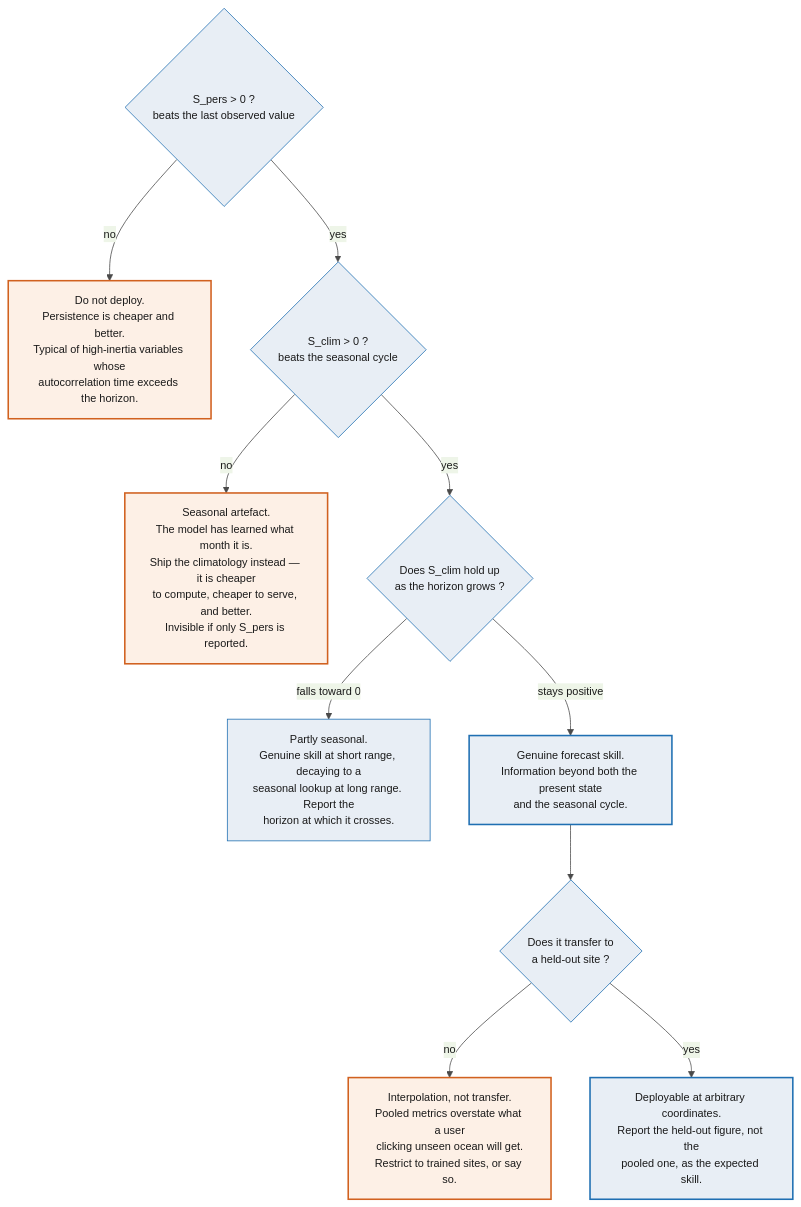
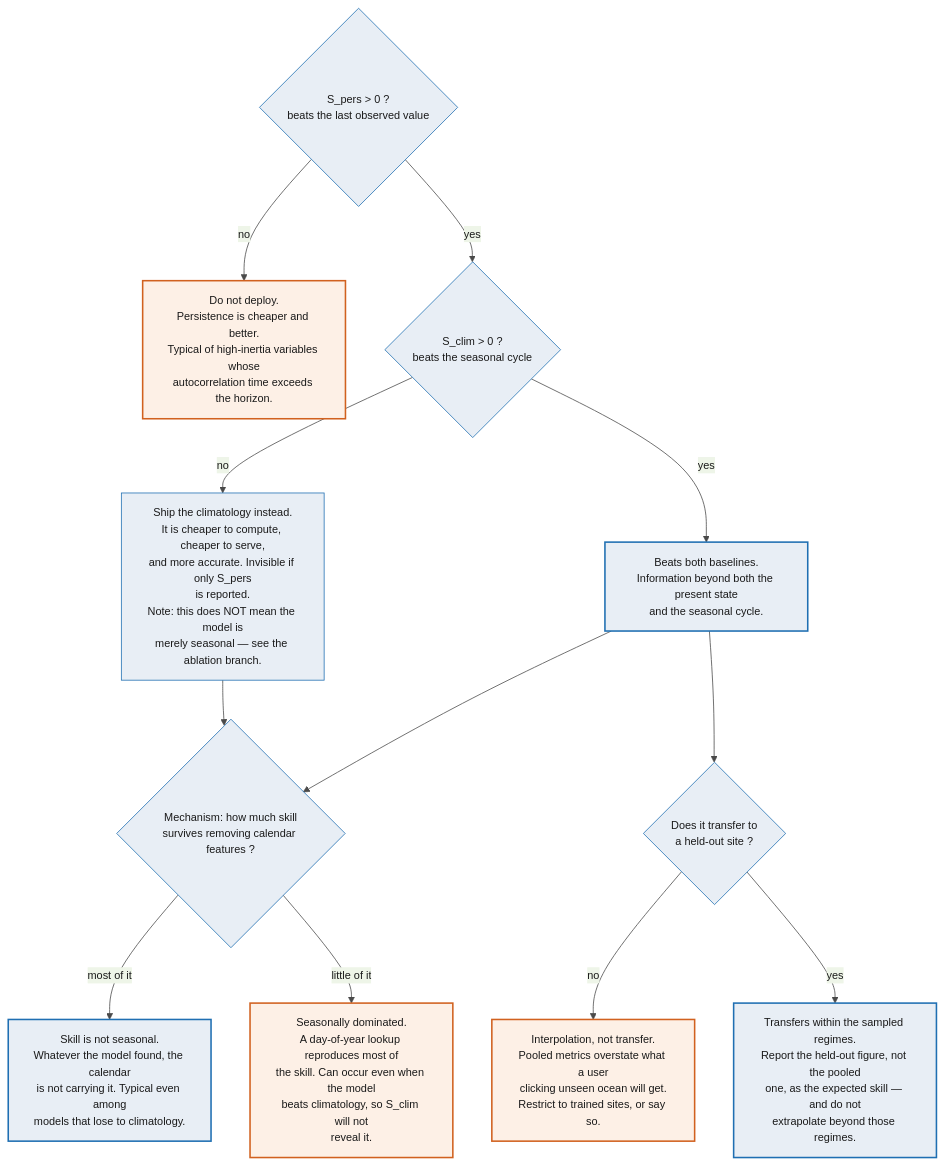
Before and after one commit to VelvetGradient-26/MarisAI: the diagram in research/papers/shared/diagrams/interpretation.mmd, drawn with Mermaid. The commit also changed 29 other files, not shown here.

```diff
--- a/research/papers/shared/diagrams/interpretation.mmd
+++ b/research/papers/shared/diagrams/interpretation.mmd
@@ -1,21 +1,24 @@
 %%{init: {'theme':'base','themeVariables':{'fontFamily':'Helvetica, Arial, sans-serif','fontSize':'14px','primaryColor':'#e8eef5','primaryTextColor':'#1a1a1a','primaryBorderColor':'#1f6fb2','lineColor':'#4a4a4a'}}}%%
 flowchart TB
     Q1{"S_pers > 0 ?<br/>beats the last observed value"}
 
     Q1 -->|no| N1["Do not deploy.<br/>Persistence is cheaper and better.<br/>Typical of high-inertia variables whose<br/>autocorrelation time exceeds the horizon."]
     Q1 -->|yes| Q2{"S_clim > 0 ?<br/>beats the seasonal cycle"}
 
-    Q2 -->|no| N2["Seasonal artefact.<br/>The model has learned what month it is.<br/>Ship the climatology instead — it is cheaper<br/>to compute, cheaper to serve, and better.<br/>Invisible if only S_pers is reported."]
-    Q2 -->|yes| Q3{"Does S_clim hold up<br/>as the horizon grows ?"}
+    Q2 -->|no| N2["Ship the climatology instead.<br/>It is cheaper to compute, cheaper to serve,<br/>and more accurate. Invisible if only S_pers<br/>is reported.<br/>Note: this does NOT mean the model is<br/>merely seasonal — see the ablation branch."]
+    Q2 -->|yes| N4["Beats both baselines.<br/>Information beyond both the present state<br/>and the seasonal cycle."]
 
-    Q3 -->|"falls toward 0"| N3["Partly seasonal.<br/>Genuine skill at short range, decaying to a<br/>seasonal lookup at long range. Report the<br/>horizon at which it crosses."]
-    Q3 -->|"stays positive"| N4["Genuine forecast skill.<br/>Information beyond both the present state<br/>and the seasonal cycle."]
+    N2 --> Q3
+    N4 --> Q3
+    Q3{"Mechanism: how much skill<br/>survives removing calendar features ?"}
+    Q3 -->|"most of it"| N3["Skill is not seasonal.<br/>Whatever the model found, the calendar<br/>is not carrying it. Typical even among<br/>models that lose to climatology."]
+    Q3 -->|"little of it"| N7["Seasonally dominated.<br/>A day-of-year lookup reproduces most of<br/>the skill. Can occur even when the model<br/>beats climatology, so S_clim will not<br/>reveal it."]
 
     N4 --> Q4{"Does it transfer to<br/>a held-out site ?"}
     Q4 -->|no| N5["Interpolation, not transfer.<br/>Pooled metrics overstate what a user<br/>clicking unseen ocean will get.<br/>Restrict to trained sites, or say so."]
-    Q4 -->|yes| N6["Deployable at arbitrary coordinates.<br/>Report the held-out figure, not the<br/>pooled one, as the expected skill."]
+    Q4 -->|yes| N6["Transfers within the sampled regimes.<br/>Report the held-out figure, not the pooled<br/>one, as the expected skill — and do not<br/>extrapolate beyond those regimes."]
 
     classDef bad fill:#fdf0e6,stroke:#d1611f,stroke-width:2px,color:#1a1a1a
     classDef good fill:#e8eef5,stroke:#1f6fb2,stroke-width:2px,color:#1a1a1a
-    class N1,N2,N5 bad
-    class N4,N6 good
+    class N1,N5,N7 bad
+    class N4,N6,N3 good
```
